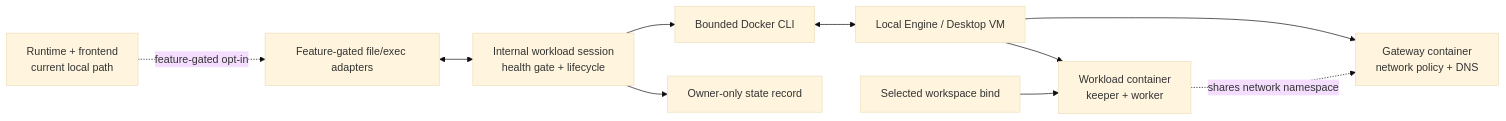
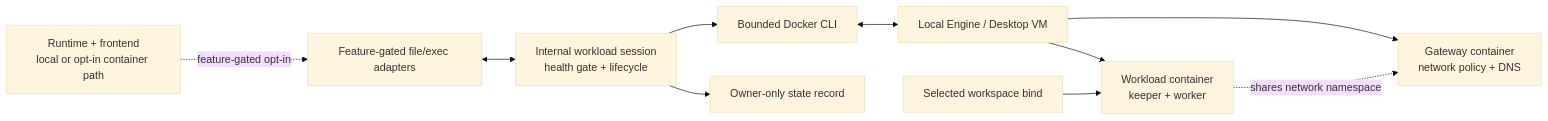
Before and after one commit to immane/nexus-agent: the diagram in docs/design/11-container-execution.md, drawn with Mermaid (base theme). The commit also changed other lines of this file and 5 other files, not shown here.

````diff
--- a/docs/design/11-container-execution.md
+++ b/docs/design/11-container-execution.md
@@ -18,22 +18,22 @@
 ```mermaid
 flowchart LR
-    Runtime["Runtime + frontend<br/>current local path"]
+    Runtime["Runtime + frontend<br/>local or opt-in container path"]
     Adapters["Feature-gated file/exec adapters"]
     Session["Internal workload session<br/>health gate + lifecycle"]
     DockerCLI["Bounded Docker CLI"]
     State["Owner-only state record"]
     Engine["Local Engine / Desktop VM"]
     Gateway["Gateway container<br/>network policy + DNS"]
     Workload["Workload container<br/>keeper + worker"]
     Workspace["Selected workspace bind"]
 
     Runtime -. "feature-gated opt-in" .-> Adapters
     Adapters <--> Session
     Session --> DockerCLI
     Session --> State
     DockerCLI <--> Engine
     Engine --> Gateway
     Engine --> Workload
     Workload -. "shares network namespace" .-> Gateway
     Workspace --> Workload
 ```
````
